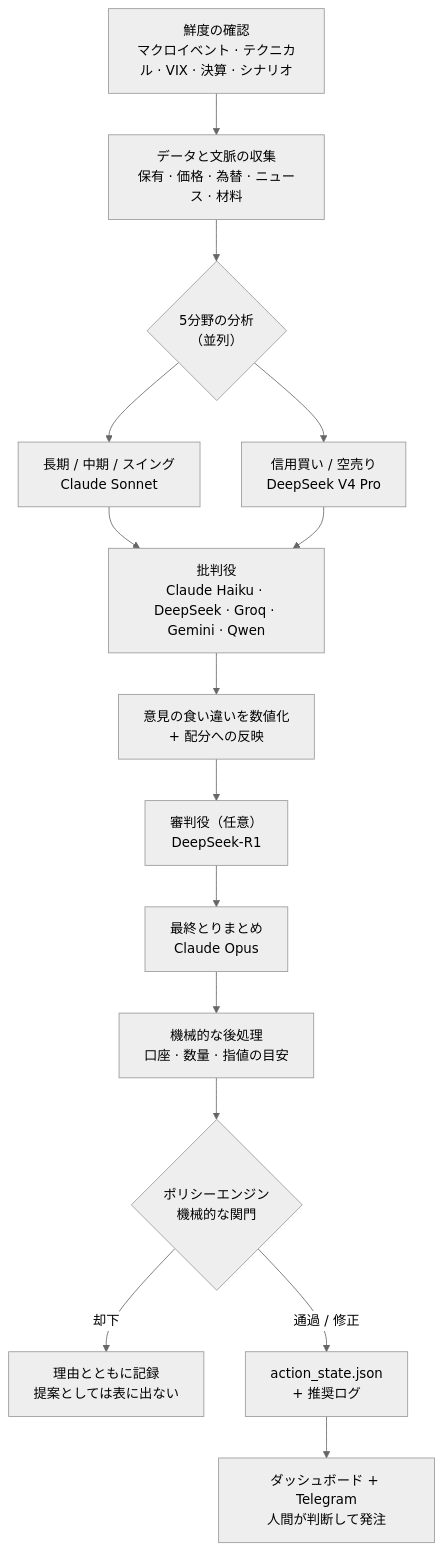
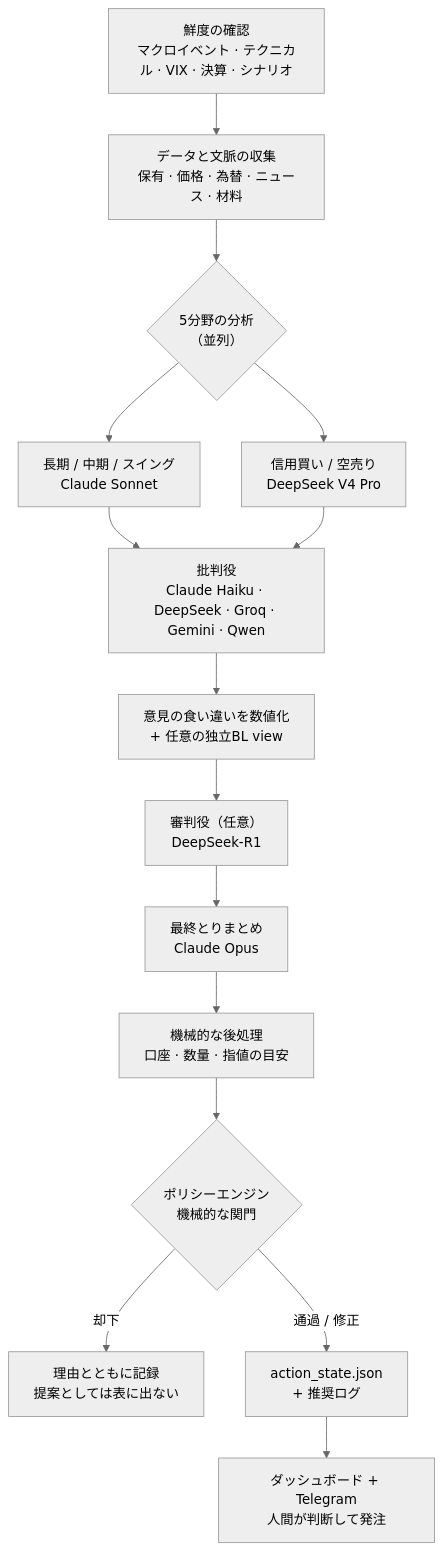
Before and after one commit to quant-almanac/almanac: the diagram in README.ja.md, drawn with Mermaid (neutral theme). The commit also changed other lines of this file and 54 other files, not shown here.

````diff
--- a/README.ja.md
+++ b/README.ja.md
@@ -50,17 +50,17 @@
 ```mermaid
 flowchart TD
     A["鮮度の確認<br/>マクロイベント · テクニカル · VIX · 決算 · シナリオ"] --> B["データと文脈の収集<br/>保有 · 価格 · 為替 · ニュース · 材料"]
     B --> C{"5分野の分析<br/>（並列）"}
     C --> C1["長期 / 中期 / スイング<br/>Claude Sonnet"]
     C --> C2["信用買い / 空売り<br/>DeepSeek V4 Pro"]
     C1 --> D["批判役<br/>Claude Haiku · DeepSeek · Groq · Gemini · Qwen"]
     C2 --> D
-    D --> E["意見の食い違いを数値化<br/>+ 配分への反映"]
+    D --> E["意見の食い違いを数値化<br/>+ 任意の独立BL view"]
     E --> F["審判役（任意）<br/>DeepSeek-R1"]
     F --> G["最終とりまとめ<br/>Claude Opus"]
     G --> H["機械的な後処理<br/>口座 · 数量 · 指値の目安"]
     H --> I{"ポリシーエンジン<br/>機械的な関門"}
     I -->|却下| J["理由とともに記録<br/>提案としては表に出ない"]
     I -->|通過 / 修正| K["action_state.json<br/>+ 推奨ログ"]
     K --> L["ダッシュボード + Telegram<br/>人間が判断して発注"]
 ```
````
